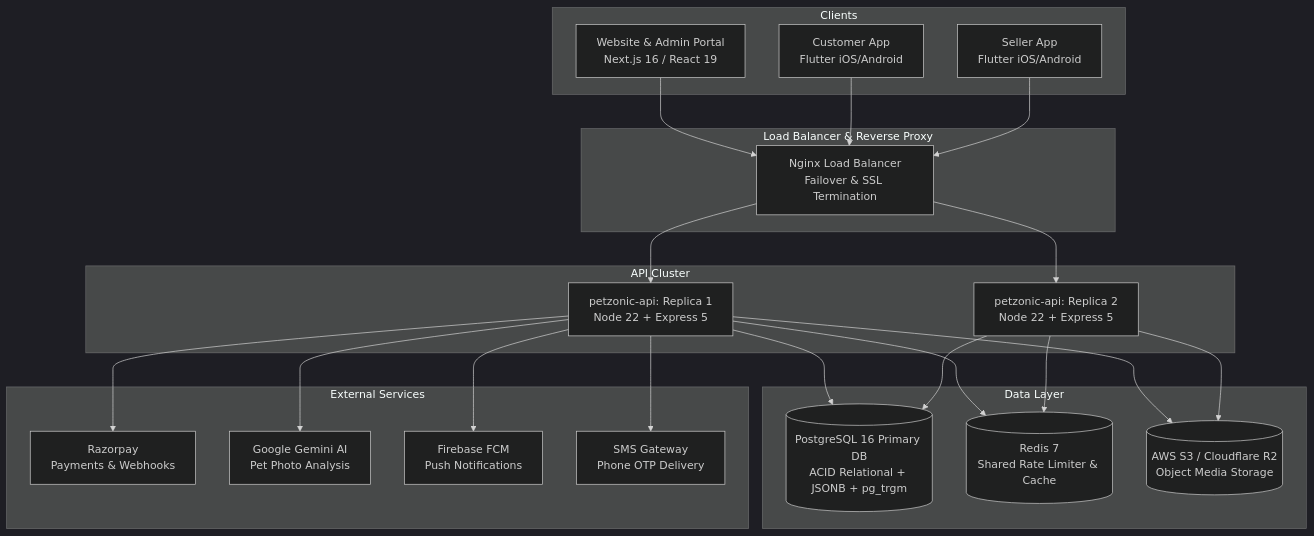
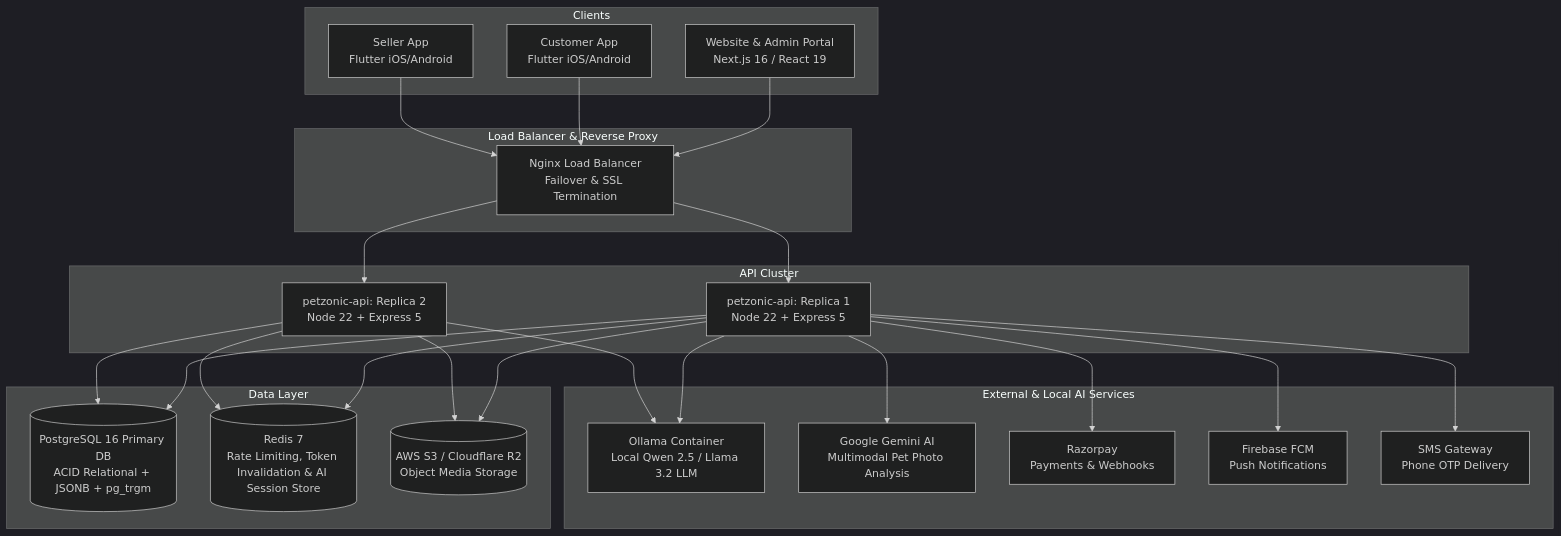
Before and after one commit to sudarsan-22/PetZonic: the first of 8 diagrams in docs/02-technical-architecture/system-architecture.md, drawn with Mermaid (dark theme). The commit also changed other lines of this file and 9 other files, not shown here.

Commit message:
docs: update architecture, security, schema, API, and testing docs for AI Discovery and Security Hardening

````diff
--- a/docs/02-technical-architecture/system-architecture.md
+++ b/docs/02-technical-architecture/system-architecture.md
@@ -16,46 +16,49 @@
 ```mermaid
 graph TB
     subgraph Clients
         WEB[Website & Admin Portal<br/>Next.js 16 / React 19]
         CA[Customer App<br/>Flutter iOS/Android]
         SA[Seller App<br/>Flutter iOS/Android]
     end
 
     subgraph Load Balancer & Reverse Proxy
         NGINX[Nginx Load Balancer<br/>Failover & SSL Termination]
     end
 
     subgraph API Cluster
         API1[petzonic-api: Replica 1<br/>Node 22 + Express 5]
         API2[petzonic-api: Replica 2<br/>Node 22 + Express 5]
     end
 
     subgraph Data Layer
         PG[(PostgreSQL 16 Primary DB<br/>ACID Relational + JSONB + pg_trgm)]
-        RD[(Redis 7<br/>Shared Rate Limiter & Cache)]
+        RD[(Redis 7<br/>Rate Limiting, Token Invalidation & AI Session Store)]
         S3[(AWS S3 / Cloudflare R2<br/>Object Media Storage)]
     end
 
-    subgraph External Services
+    subgraph External & Local AI Services
+        OLLAMA[Ollama Container<br/>Local Qwen 2.5 / Llama 3.2 LLM]
+        GEMINI[Google Gemini AI<br/>Multimodal Pet Photo Analysis]
         RP[Razorpay<br/>Payments & Webhooks]
-        GEMINI[Google Gemini AI<br/>Pet Photo Analysis]
         FCM[Firebase FCM<br/>Push Notifications]
         SMS[SMS Gateway<br/>Phone OTP Delivery]
     end
 
     WEB --> NGINX
     CA --> NGINX
     SA --> NGINX
     NGINX --> API1
     NGINX --> API2
     API1 --> PG
     API2 --> PG
     API1 --> RD
     API2 --> RD
     API1 --> S3
     API2 --> S3
+    API1 --> OLLAMA
+    API2 --> OLLAMA
+    API1 --> GEMINI
     API1 --> RP
-    API1 --> GEMINI
     API1 --> FCM
     API1 --> SMS
 ```
````
